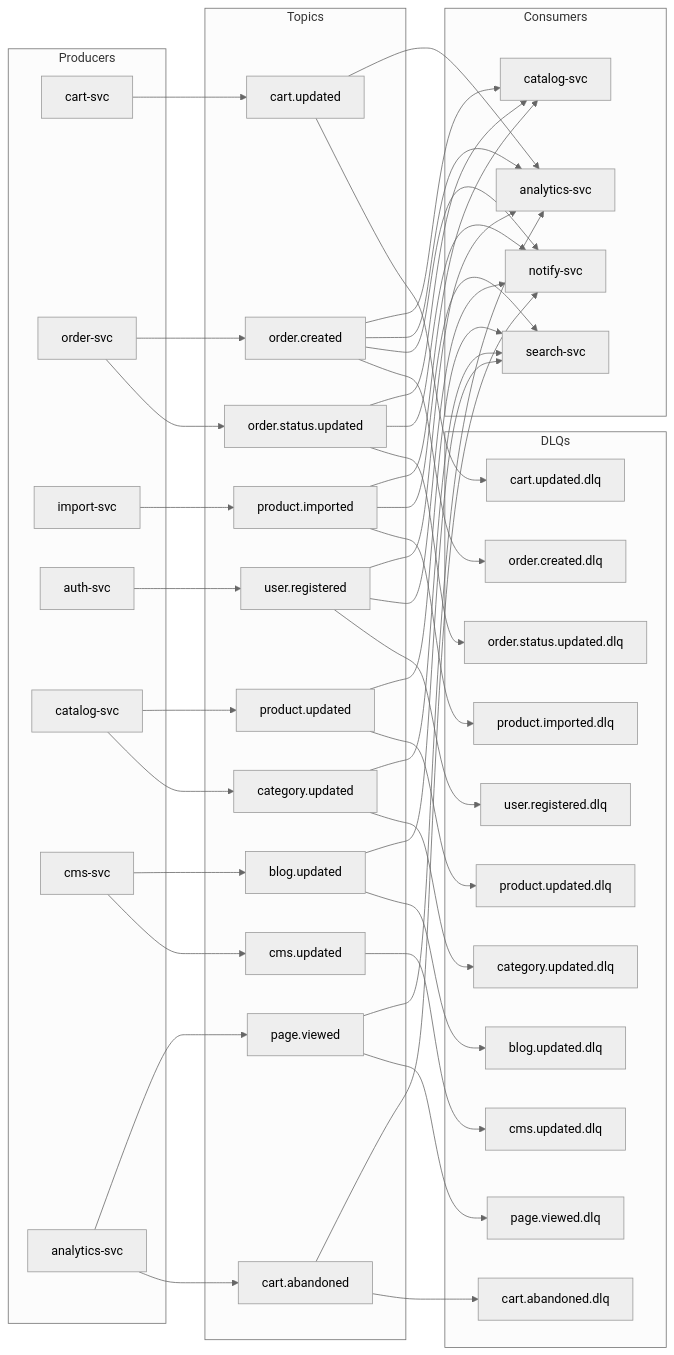
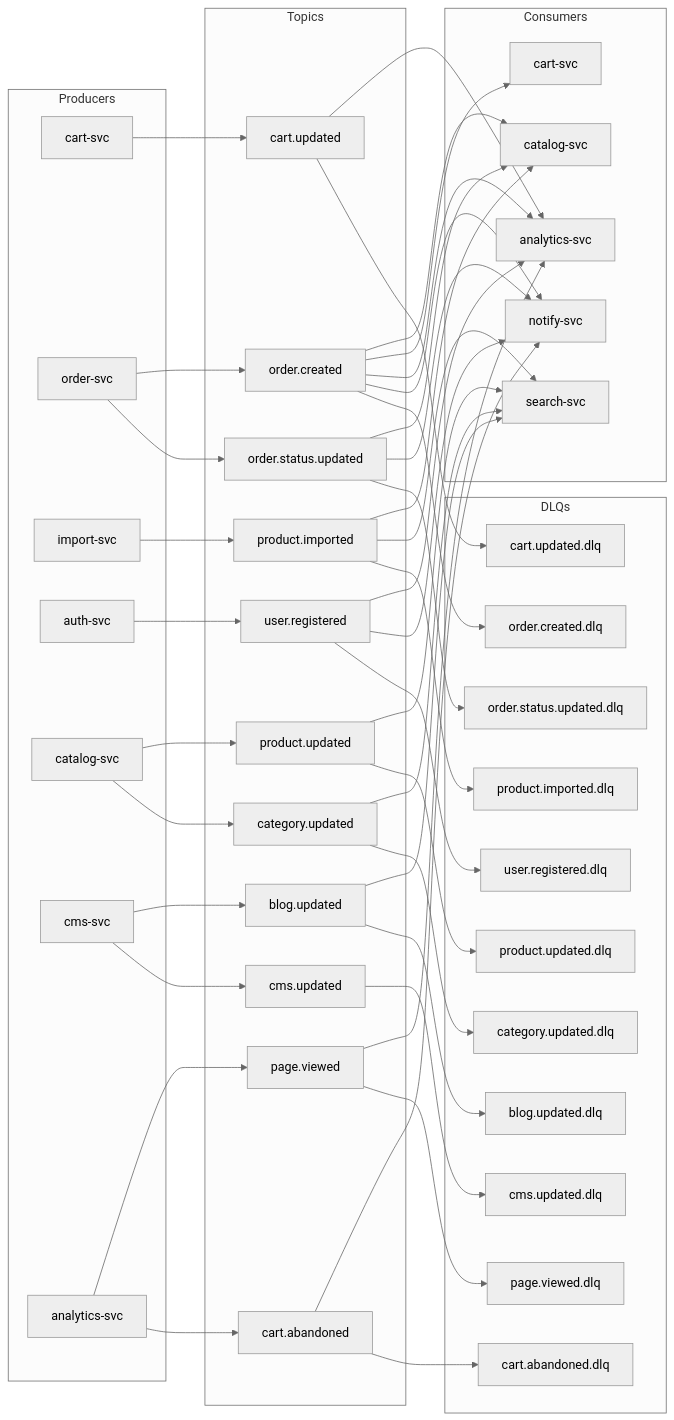
Before and after one commit to E-Commerce-BDA/Documentation: the second of 9 diagrams in 1.Architecture.md, drawn with Mermaid (neutral theme). The commit also changed other lines of this file and 8 other files, not shown here.

````diff
--- a/1.Architecture.md
+++ b/1.Architecture.md
@@ -209,75 +215,77 @@
 ```mermaid
 flowchart LR
     subgraph Producers
         P1[cart-svc]
         P2[order-svc]
         P4[import-svc]
         P5[auth-svc]
         P6[catalog-svc]
         P7[cms-svc]
         P8[analytics-svc]
     end
 
     subgraph Topics
         T1[cart.updated]
         T2[order.created]
         T3[page.viewed]
         T4[product.imported]
         T5[user.registered]
         T6[cart.abandoned]
         T7[product.updated]
         T8[category.updated]
         T9[blog.updated]
         T10[cms.updated]
         T11[order.status.updated]
     end
 
     P1 --> T1
     P2 --> T2
     P2 --> T11
     P4 --> T4
     P5 --> T5
     P6 --> T7
     P6 --> T8
     P7 --> T9
     P7 --> T10
     P8 --> T3
     P8 --> T6
 
     subgraph Consumers
         ANL[analytics-svc]
         CAT[catalog-svc]
+        CART[cart-svc]
         NOT[notify-svc]
         SRCH[search-svc]
     end
 
     T1 --> ANL
     T2 --> CAT
+    T2 --> CART
     T2 --> ANL
     T2 --> NOT
     T3 --> ANL
     T4 --> CAT
     T4 --> SRCH
     T5 --> ANL
     T5 --> NOT
     T6 --> NOT
     T7 --> SRCH
     T8 --> SRCH
     T9 --> SRCH
     T11 --> CAT
     T11 --> NOT
 
     subgraph DLQs
         T1 --> T1DLQ[cart.updated.dlq]
         T2 --> T2DLQ[order.created.dlq]
         T3 --> T3DLQ[page.viewed.dlq]
         T4 --> T4DLQ[product.imported.dlq]
         T5 --> T5DLQ[user.registered.dlq]
         T6 --> T6DLQ[cart.abandoned.dlq]
         T7 --> T7DLQ[product.updated.dlq]
         T8 --> T8DLQ[category.updated.dlq]
         T9 --> T9DLQ[blog.updated.dlq]
         T10 --> T10DLQ[cms.updated.dlq]
         T11 --> T11DLQ[order.status.updated.dlq]
     end
 ```
````
